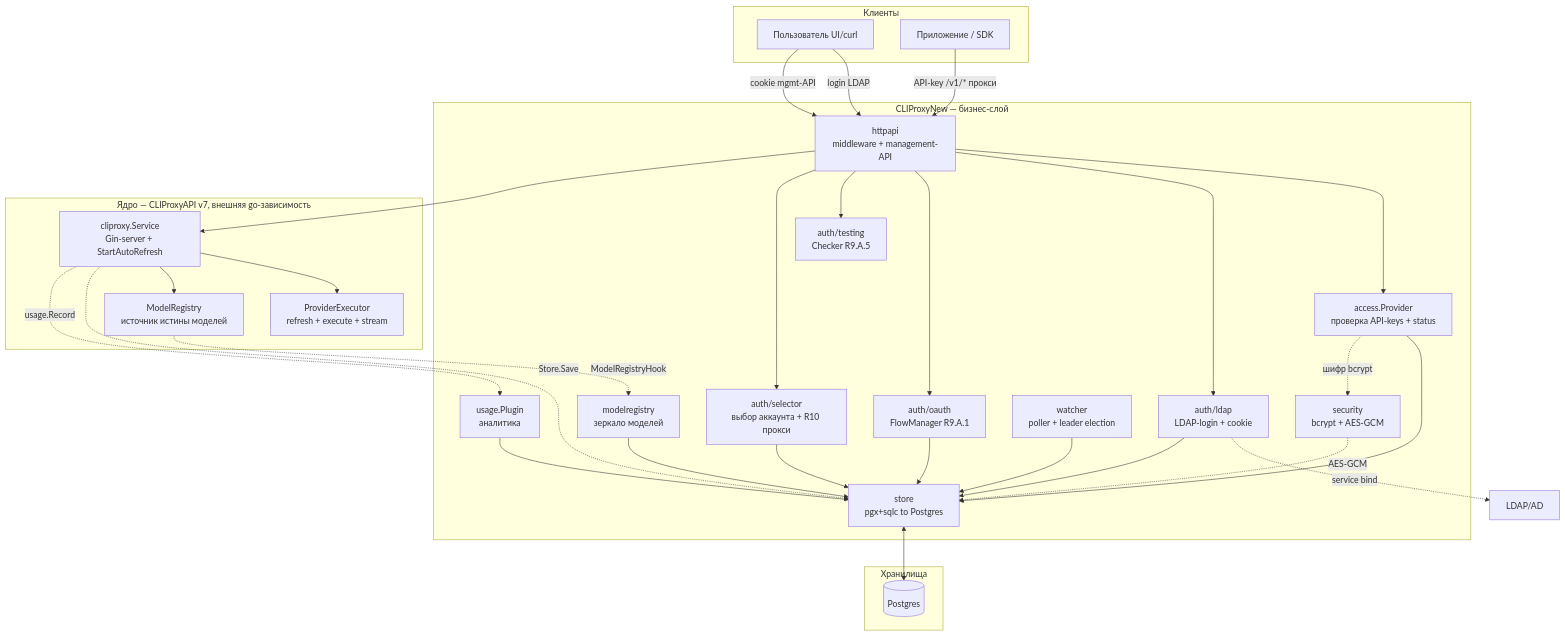
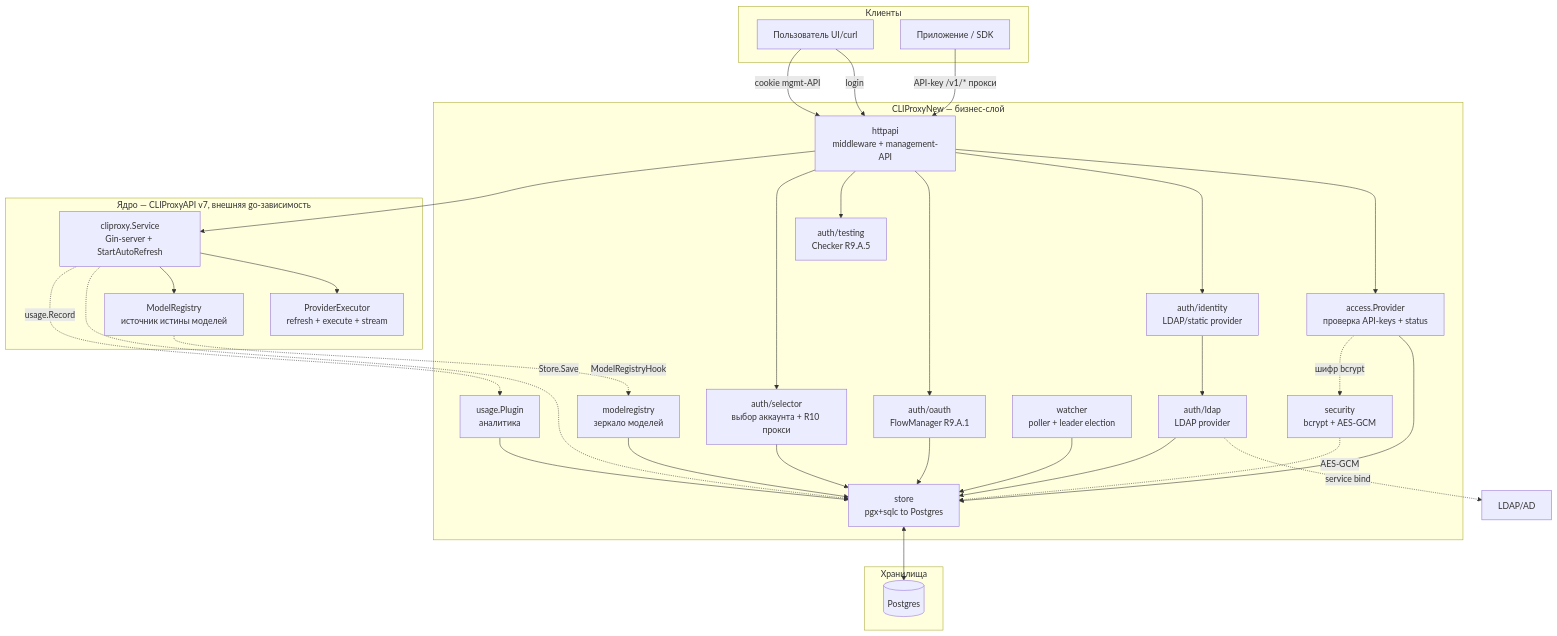
Before and after one commit to ilyast91/CLIProxyNew: the first of 7 diagrams in docs/architecture.md, drawn with Mermaid. The commit also changed other lines of this file and 8 other files, not shown here.

Commit message:
docs: актуализировать static identity source

````diff
--- a/docs/architecture.md
+++ b/docs/architecture.md
@@ -13,57 +14,59 @@
 ```mermaid
 graph TB
     subgraph Client["Клиенты"]
         U["Пользователь UI/curl"]
         APP["Приложение / SDK"]
     end
 
     subgraph CLIProxyNew["CLIProxyNew — бизнес-слой"]
         H["httpapi<br/>middleware + management-API"]
         A["access.Provider<br/>проверка API-keys + status"]
-        LDAP["auth/ldap<br/>LDAP-login + cookie"]
+        IDP["auth/identity<br/>LDAP/static provider"]
+        LDAP["auth/ldap<br/>LDAP provider"]
         SEL["auth/selector<br/>выбор аккаунта + R10 прокси"]
         OAUTH["auth/oauth<br/>FlowManager R9.A.1"]
         TEST["auth/testing<br/>Checker R9.A.5"]
         USG["usage.Plugin<br/>аналитика"]
         ST["store<br/>pgx+sqlc to Postgres"]
         SEC["security<br/>bcrypt + AES-GCM"]
         W["watcher<br/>poller + leader election"]
         MR["modelregistry<br/>зеркало моделей"]
     end
 
     subgraph Core["Ядро — CLIProxyAPI v7, внешняя go-зависимость"]
         SVC["cliproxy.Service<br/>Gin-server + StartAutoRefresh"]
         EXEC["ProviderExecutor<br/>refresh + execute + stream"]
         REG["ModelRegistry<br/>источник истины моделей"]
     end
 
     subgraph DS["Хранилища"]
         PG[("Postgres")]
     end
 
-    U -->|login LDAP| H
+    U -->|login| H
     U -->|cookie mgmt-API| H
     APP -->|API-key /v1/* прокси| H
     H --> A
-    H --> LDAP
+    H --> IDP
+    IDP --> LDAP
     H --> OAUTH
     H --> TEST
     H --> SEL
     H --> SVC
     SVC --> EXEC
     SVC --> REG
     A --> ST
     LDAP -.->|service bind| LDAPSrv["LDAP/AD"]
     LDAP --> ST
     SEL --> ST
     OAUTH --> ST
     USG --> ST
     W --> ST
     MR --> ST
     ST <--> PG
     A -.->|шифр bcrypt| SEC
     SVC -.->|Store.Save| ST
     SVC -.->|usage.Record| USG
     REG -.->|ModelRegistryHook| MR
     SEC -.->|AES-GCM| ST
 ```
````
